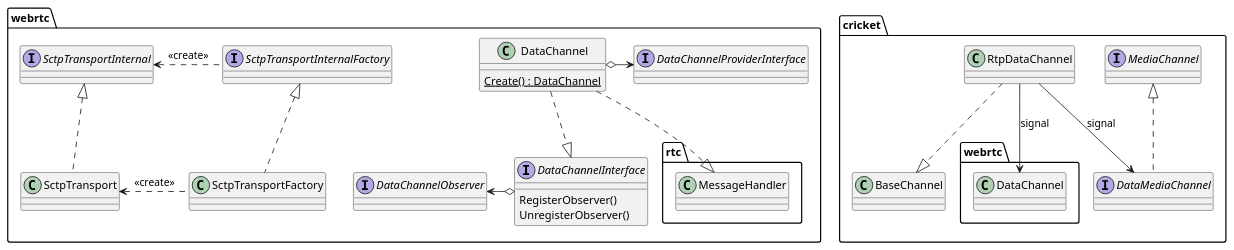
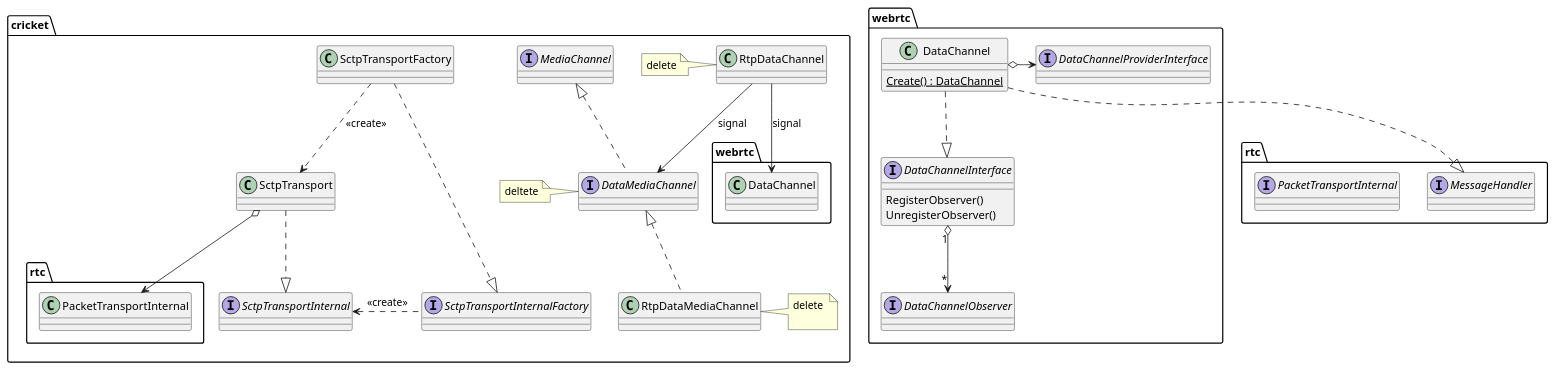
Before and after one commit to mingxin505/webrtcNote: the first of 2 diagrams in webrtc_chrome/datachannel.md, drawn with PlantUML. The commit also changed other lines of this file and 2 other files, not shown here.

````diff
--- a/webrtc_chrome/datachannel.md
+++ b/webrtc_chrome/datachannel.md
@@ -2,31 +3,45 @@
 ```plantuml
 package cricket {
+    interface SctpTransportInternalFactory
+    interface SctpTransportInternal
     interface DataMediaChannel
+    note left: deltete
+    class RtpDataMediaChannel 
+    note right: delete \n
+    class RtpDataChannel
+    note left: delete
     interface MediaChannel
-    RtpDataChannel ..|> BaseChannel
+
+
+    SctpTransportInternalFactory .left.> SctpTransportInternal : <<create>> 
+    SctpTransportFactory ..|> SctpTransportInternalFactory
+    SctpTransportFactory ..> SctpTransport : <<create>>
+    SctpTransport ..|>SctpTransportInternal
+    SctpTransport o--> rtc.PacketTransportInternal
+
     RtpDataChannel --> webrtc.DataChannel : signal 
     RtpDataChannel --> DataMediaChannel : signal
     MediaChannel <|.. DataMediaChannel
+    RtpDataMediaChannel .up.|> DataMediaChannel
+}
+package rtc {
+    interface MessageHandler
+    interface PacketTransportInternal
 }
 package webrtc {
 interface DataChannelProviderInterface
-interface SctpTransportInternalFactory
-interface SctpTransportInternal
+interface DataChannelObserver
 interface DataChannelInterface {
     RegisterObserver()
     UnregisterObserver()
 } 
-interface DataChannelObserver
 class DataChannel {
     {static} Create() : DataChannel
 }
-DataChannelInterface o-left-> DataChannelObserver
+DataChannelInterface "1" o--> "*" DataChannelObserver
+
 DataChannel ..|> rtc.MessageHandler
 DataChannel ..|> DataChannelInterface
 DataChannel o-> DataChannelProviderInterface
-SctpTransportInternalFactory .left.> SctpTransportInternal : <<create>> 
-SctpTransportFactory .up.|> SctpTransportInternalFactory
-SctpTransport .up.|> SctpTransportInternal
-SctpTransportFactory .left.> SctpTransport : <<create>>
 } 
 ```
````
